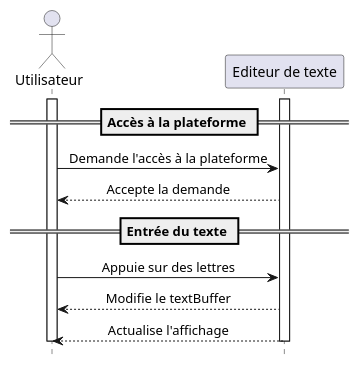
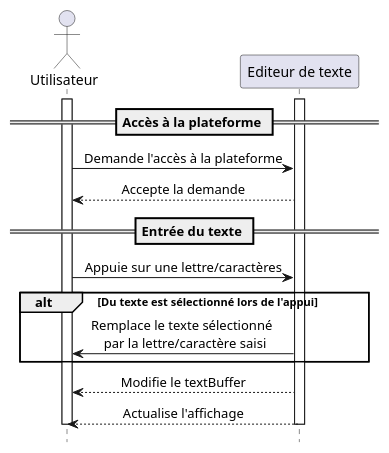
Before and after one commit to AquaBx/text-editor: the diagram in V1/conception/diagramme-sequence/sequence-ecrire/ecrire.puml, drawn with PlantUML. The commit also changed 5 other files, not shown here.

```diff
--- a/V1/conception/diagramme-sequence/sequence-ecrire/ecrire.puml
+++ b/V1/conception/diagramme-sequence/sequence-ecrire/ecrire.puml
@@ -1,24 +1,29 @@
-@startuml ecrire-texte
+@startuml
 hide footbox
 skinparam sequenceMessageAlign center
 
 actor Utilisateur
 participant "Editeur de texte"
 
 activate Utilisateur
 activate "Editeur de texte"
 
 == Accès à la plateforme ==
 
 Utilisateur -> "Editeur de texte": Demande l'accès à la plateforme
 Utilisateur <-- "Editeur de texte": Accepte la demande
 
 == Entrée du texte ==
 
-Utilisateur -> "Editeur de texte": Appuie sur des lettres
+Utilisateur -> "Editeur de texte": Appuie sur une lettre/caractères
+
+alt Du texte est sélectionné lors de l'appui
+  Utilisateur <- "Editeur de texte": Remplace le texte sélectionné \n par la lettre/caractère saisi
+end
+
 Utilisateur <-- "Editeur de texte": Modifie le textBuffer
 Utilisateur <-- "Editeur de texte": Actualise l'affichage
 
 deactivate Utilisateur
 deactivate "Editeur de texte"
 @enduml
```
